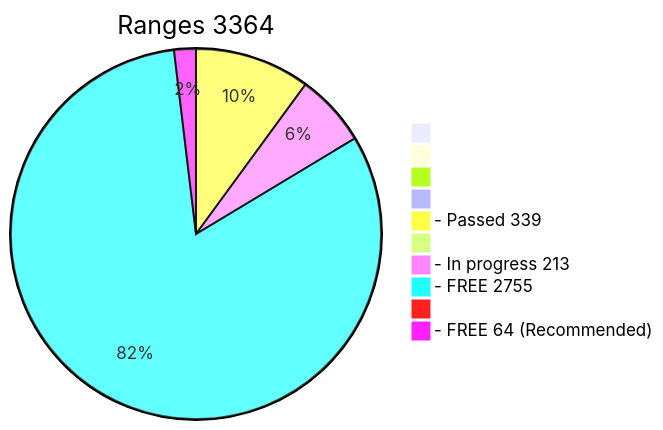
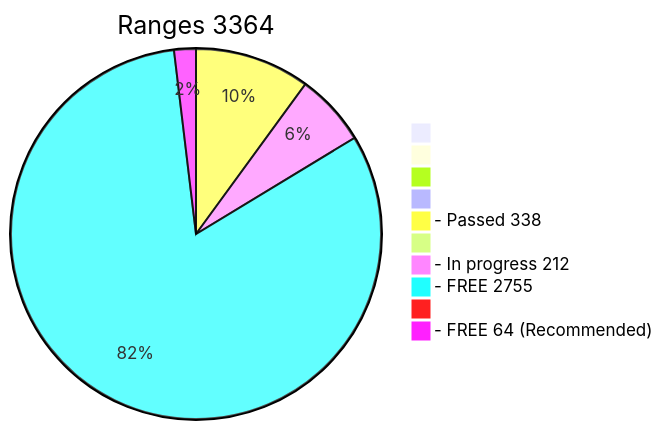
One commit to phrutis/wif500 changed the diagram in x64/Release/table.md. Above: the diagram before and after it, drawn with Mermaid. The commit also changed other lines of this file, not shown here.

````diff
--- a/x64/Release/table.md
+++ b/x64/Release/table.md
@@ -2,13 +2,13 @@
 ```mermaid
 pie title Ranges 3364
   " " : 0
   "  " : 0
   "   " : 0
   "    " : 0
-  "- Passed 339" : 339
+  "- Passed 338" : 338
   "     " : 0
-  "- In progress 213" : 213
+  "- In progress 212" : 212
   "- FREE 2755" : 2755
   "      " : 0
   "- FREE 64 (Recommended)" : 64
 ```
````
